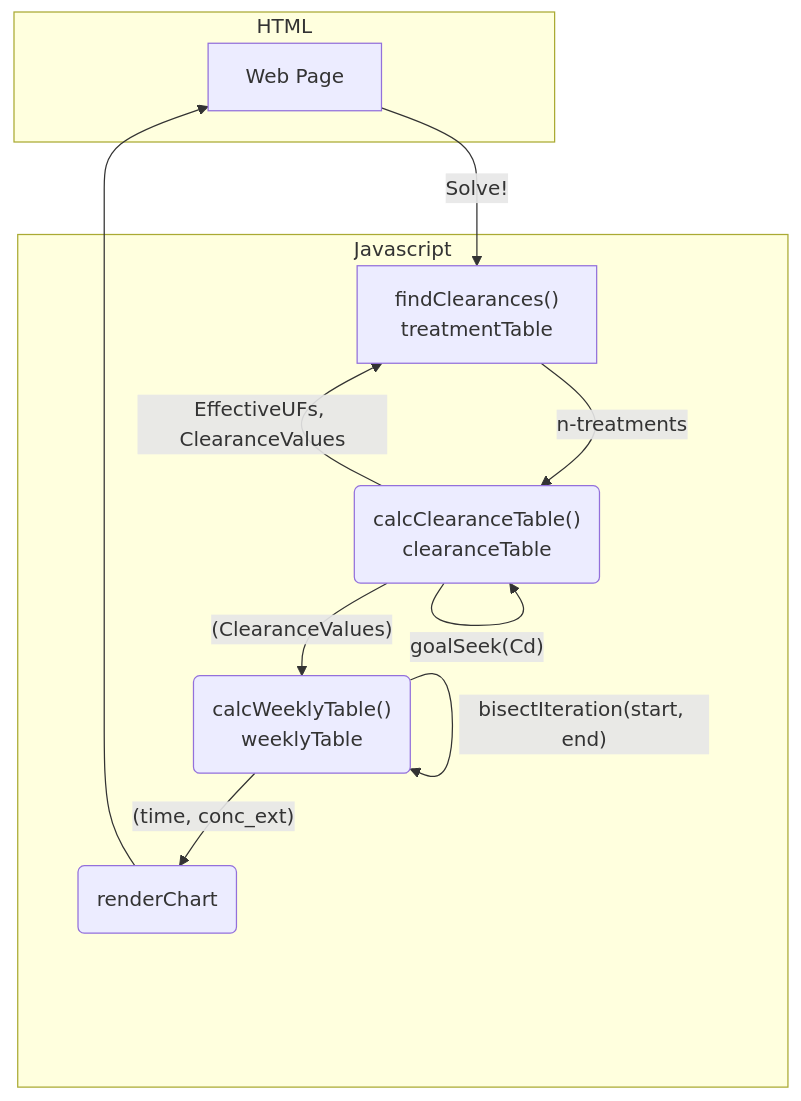
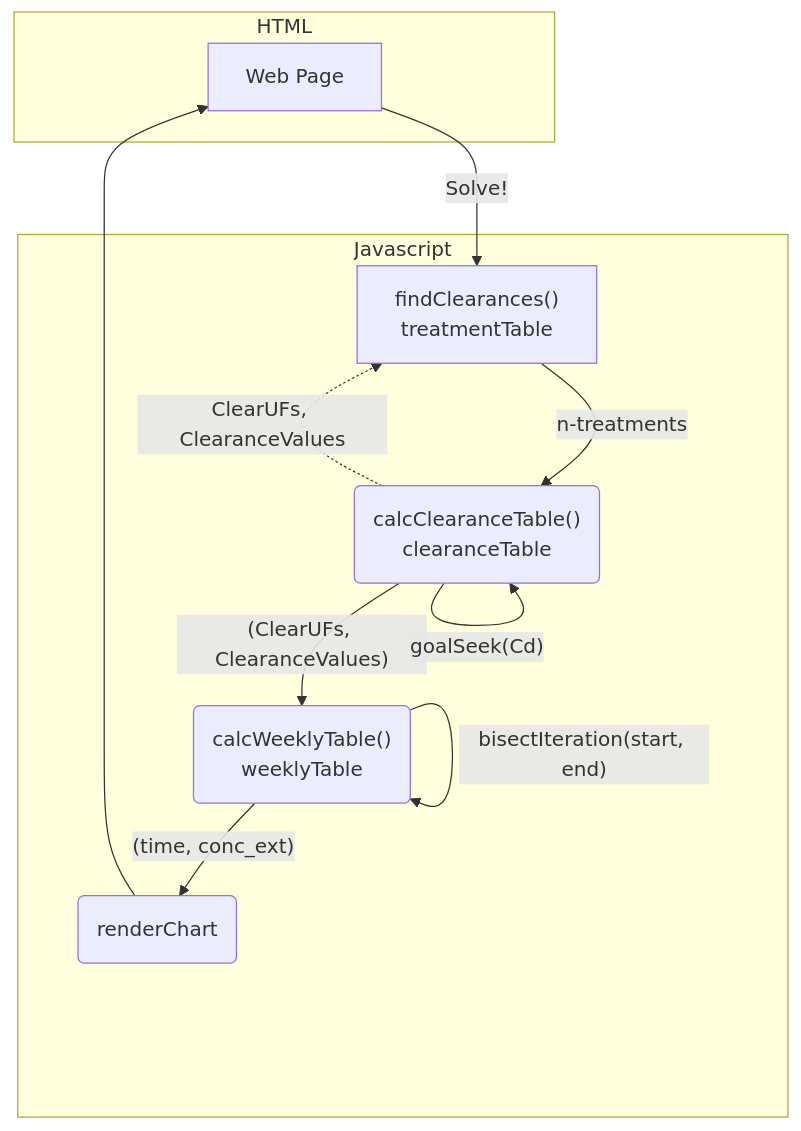
The diagram in README.md (aaaahn/dialsim), drawn with Mermaid before and after one commit.

Commit message:
update mermaid chart

````diff
--- a/README.md
+++ b/README.md
@@ -13,24 +13,24 @@
 ```mermaid
 
 
 
 
 graph TD
     subgraph HTML
        A
     end
     subgraph Javascript
         A[Web Page] -- Solve! --> TT["findClearances() </br> treatmentTable"]
         TT -- n-treatments --> B("calcClearanceTable()  </br> clearanceTable")
-        B -- EffectiveUFs, ClearanceValues --> TT
-        B -- "(ClearanceValues)" --> D("calcWeeklyTable() </br> weeklyTable")
+        B -. "ClearUFs, ClearanceValues"   .-> TT
+        B -- "(ClearUFs, ClearanceValues)" --> D("calcWeeklyTable() </br> weeklyTable")
         D -- "bisectIteration(start, end)" -->D
         D --  "(time, conc_ext)" --> E(renderChart)
         E --> A
         B -- "goalSeek(Cd)" --> B
     end
 
 
 
 
 ```
````
